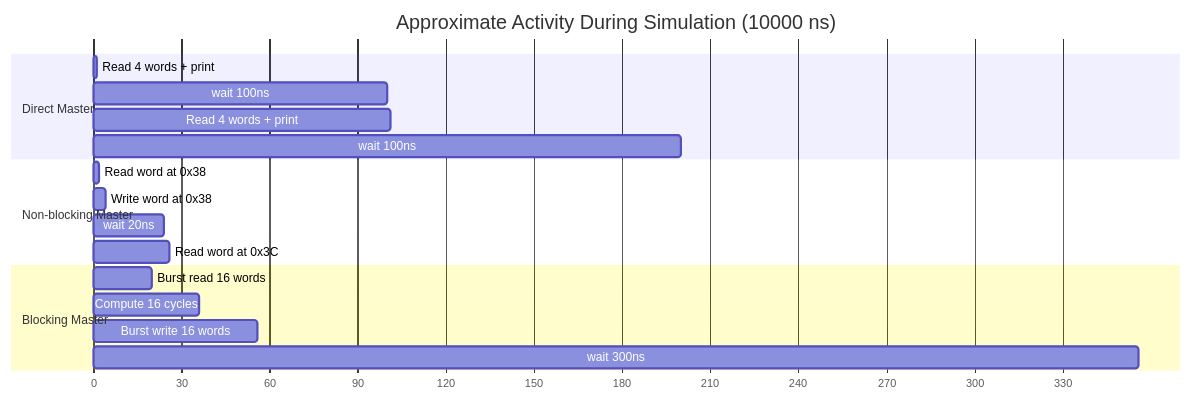
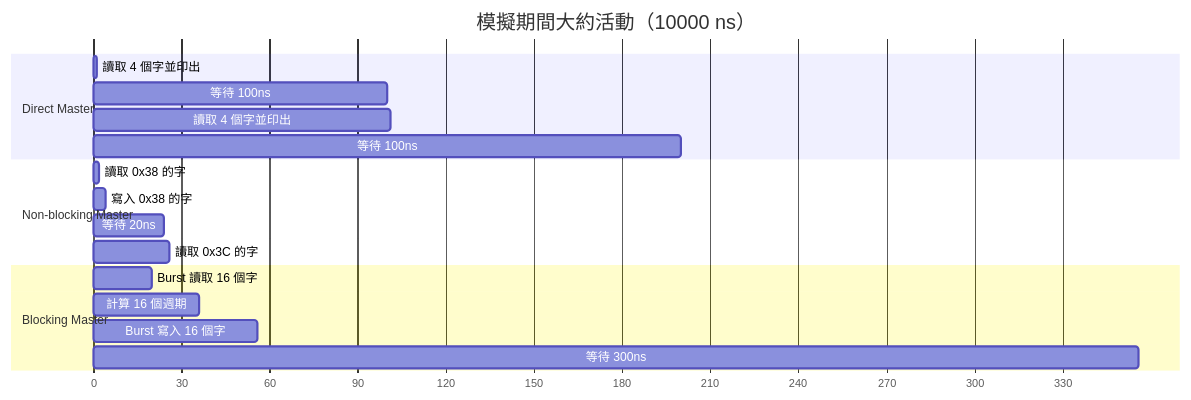
Before and after one commit to abc1199281lab-cmd/systemc_notes: the second of 2 diagrams in doc_v2/examples/code/sysc/simple_bus/main.md, drawn with Mermaid. The commit also changed other lines of this file and 8 other files, not shown here.

````diff
--- a/doc_v2/examples/code/sysc/simple_bus/main.md
+++ b/doc_v2/examples/code/sysc/simple_bus/main.md
@@ -113,24 +113,24 @@
 ```mermaid
 gantt
-    title Approximate Activity During Simulation (10000 ns)
+    title 模擬期間大約活動（10000 ns）
     dateFormat X
     axisFormat %s
 
     section Direct Master
-    Read 4 words + print     :d1, 0, 1
-    wait 100ns              :d2, 1, 100
-    Read 4 words + print     :d3, 100, 101
-    wait 100ns              :d4, 101, 200
+    讀取 4 個字並印出     :d1, 0, 1
+    等待 100ns            :d2, 1, 100
+    讀取 4 個字並印出     :d3, 100, 101
+    等待 100ns            :d4, 101, 200
 
     section Non-blocking Master
-    Read word at 0x38        :nb1, 0, 2
-    Write word at 0x38       :nb2, 2, 4
-    wait 20ns               :nb3, 4, 24
-    Read word at 0x3C        :nb4, 24, 26
+    讀取 0x38 的字        :nb1, 0, 2
+    寫入 0x38 的字        :nb2, 2, 4
+    等待 20ns             :nb3, 4, 24
+    讀取 0x3C 的字        :nb4, 24, 26
 
     section Blocking Master
-    Burst read 16 words      :b1, 0, 20
-    Compute 16 cycles        :b2, 20, 36
-    Burst write 16 words     :b3, 36, 56
-    wait 300ns              :b4, 56, 356
+    Burst 讀取 16 個字    :b1, 0, 20
+    計算 16 個週期        :b2, 20, 36
+    Burst 寫入 16 個字    :b3, 36, 56
+    等待 300ns            :b4, 56, 356
 ```
````
